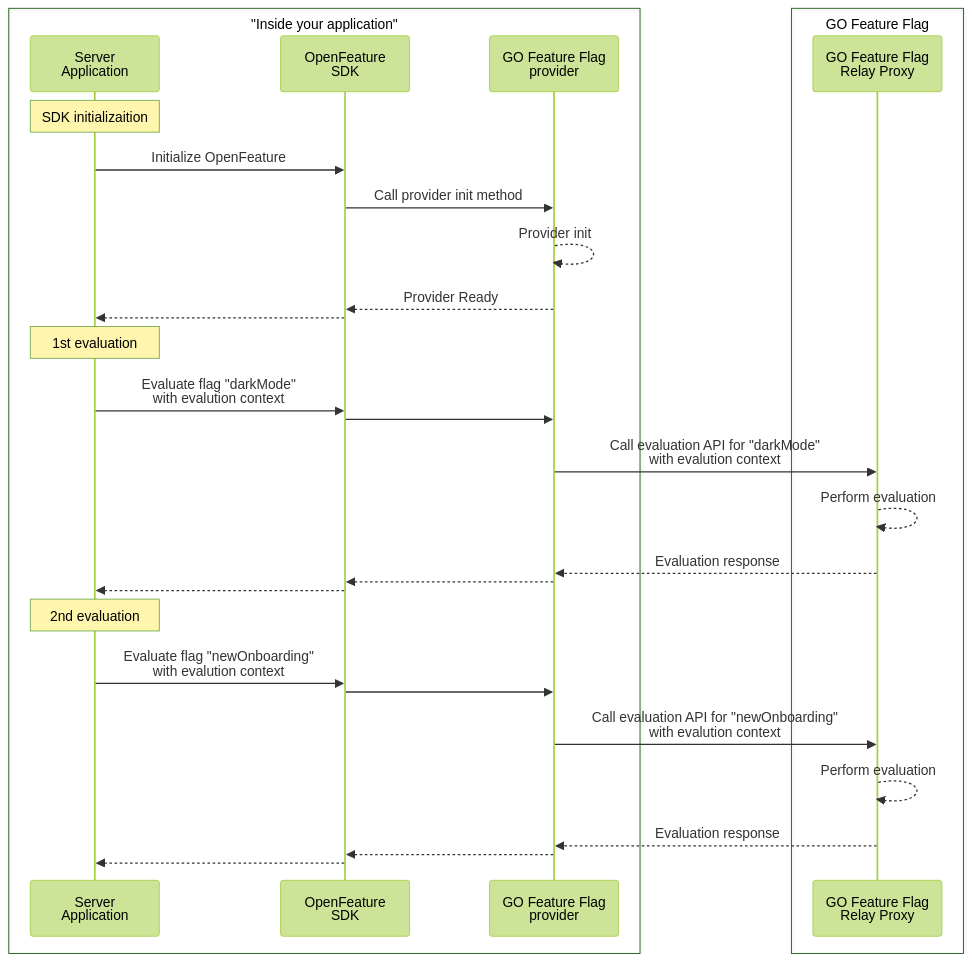
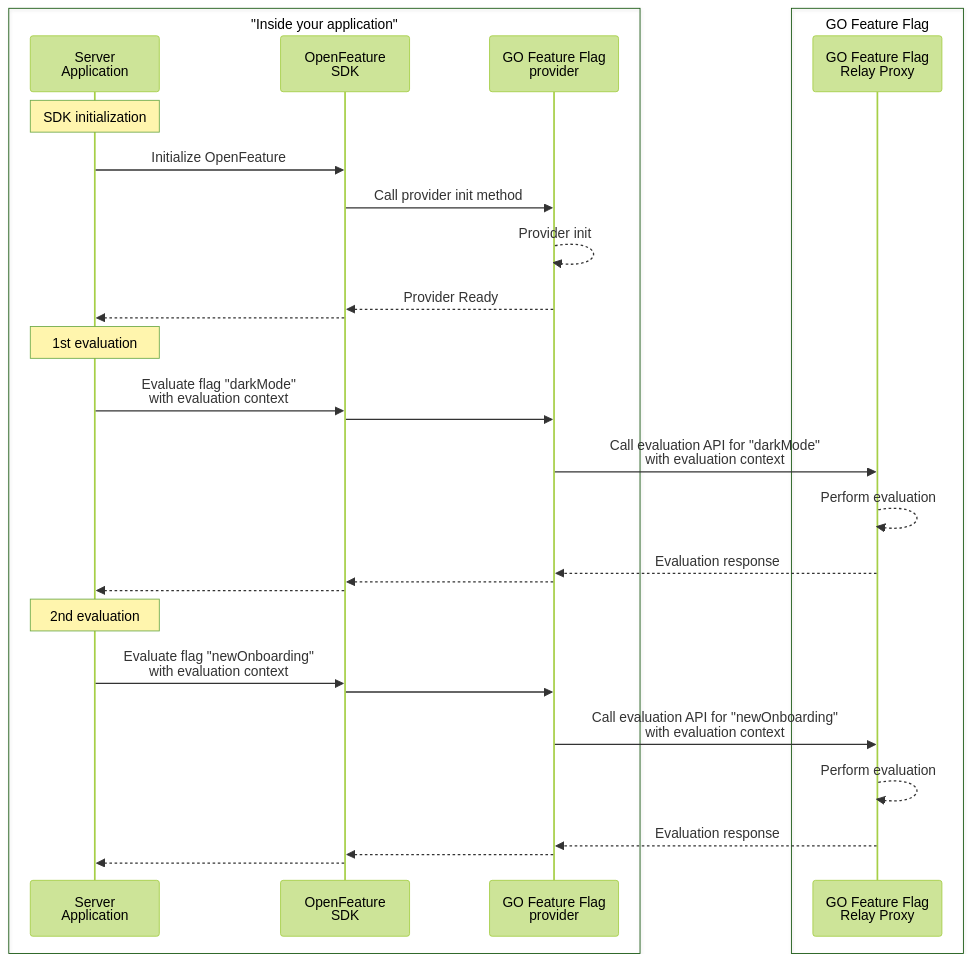
One commit to thomaspoignant/go-feature-flag changed the third of 3 diagrams in website/docs/concepts/flag-evaluation.md. Above: the diagram before and after it, drawn with Mermaid (forest theme). The commit also changed other lines of this file and 18 other files, not shown here.

````diff
--- a/website/docs/concepts/flag-evaluation.md
+++ b/website/docs/concepts/flag-evaluation.md
@@ -198,36 +198,36 @@
 ```mermaid
 sequenceDiagram
     box "Inside your application"
         participant app as Server<br/>Application
         participant sdk as OpenFeature<br/>SDK
         participant provider as GO Feature Flag<br/>provider
     end
     box GO Feature Flag
         participant goff as GO Feature Flag<br />Relay Proxy
     end
 
-    note over app: SDK initializaition
+    note over app: SDK initialization
     app ->> sdk: Initialize OpenFeature
     sdk ->> provider: Call provider init method
     provider -->> provider: Provider init
     provider -->> sdk: Provider Ready
     sdk -->> app:
 
     note over app: 1st evaluation
-    app ->> sdk: Evaluate flag "darkMode"<br/>with evalution context
+    app ->> sdk: Evaluate flag "darkMode"<br/>with evaluation context
     sdk ->> provider: 
-    provider ->> goff: Call evaluation API for "darkMode"<br/>with evalution context
+    provider ->> goff: Call evaluation API for "darkMode"<br/>with evaluation context
     goff -->> goff: Perform evaluation
     goff -->> provider: Evaluation response
     provider -->> sdk:
     sdk -->> app:
 
     note over app: 2nd evaluation
-    app ->> sdk: Evaluate flag "newOnboarding"<br/>with evalution context
+    app ->> sdk: Evaluate flag "newOnboarding"<br/>with evaluation context
     sdk ->> provider: 
-    provider ->> goff: Call evaluation API for "newOnboarding"<br/>with evalution context
+    provider ->> goff: Call evaluation API for "newOnboarding"<br/>with evaluation context
     goff -->> goff: Perform evaluation
     goff -->> provider: Evaluation response
     provider -->> sdk: 
     sdk -->> app: 
 ```
````
